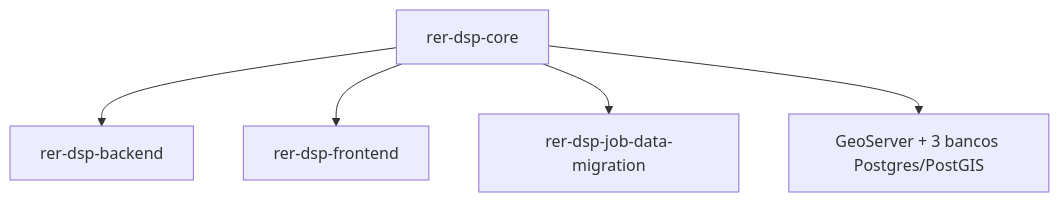
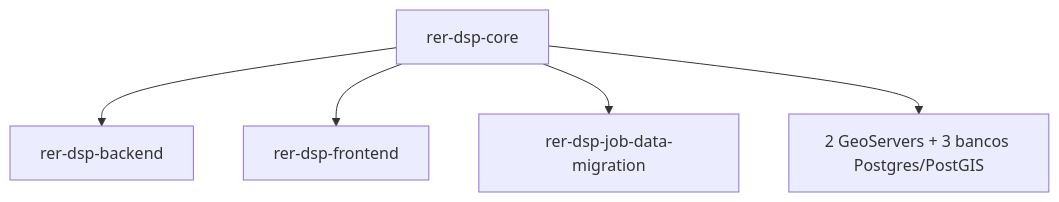
The first of 3 diagrams in docs/modules/core.md (kleber-albino/rer-dsp-docs), drawn with Mermaid before and after one commit. The commit also changed other lines of this file and 12 other files, not shown here.

First line of the commit message:
docs: update for dual GeoServer setup (Exhibition & Download)

````diff
--- a/docs/modules/core.md
+++ b/docs/modules/core.md
@@ -9,13 +9,13 @@
 ```mermaid
 flowchart TD
   core["rer-dsp-core"]
   be["rer-dsp-backend"]
   fe["rer-dsp-frontend"]
   job["rer-dsp-job-data-migration"]
-  gs["GeoServer + 3 bancos Postgres/PostGIS"]
+  gs["2 GeoServers + 3 bancos Postgres/PostGIS"]
 
   core --> be
   core --> fe
   core --> job
   core --> gs
 ```
````
